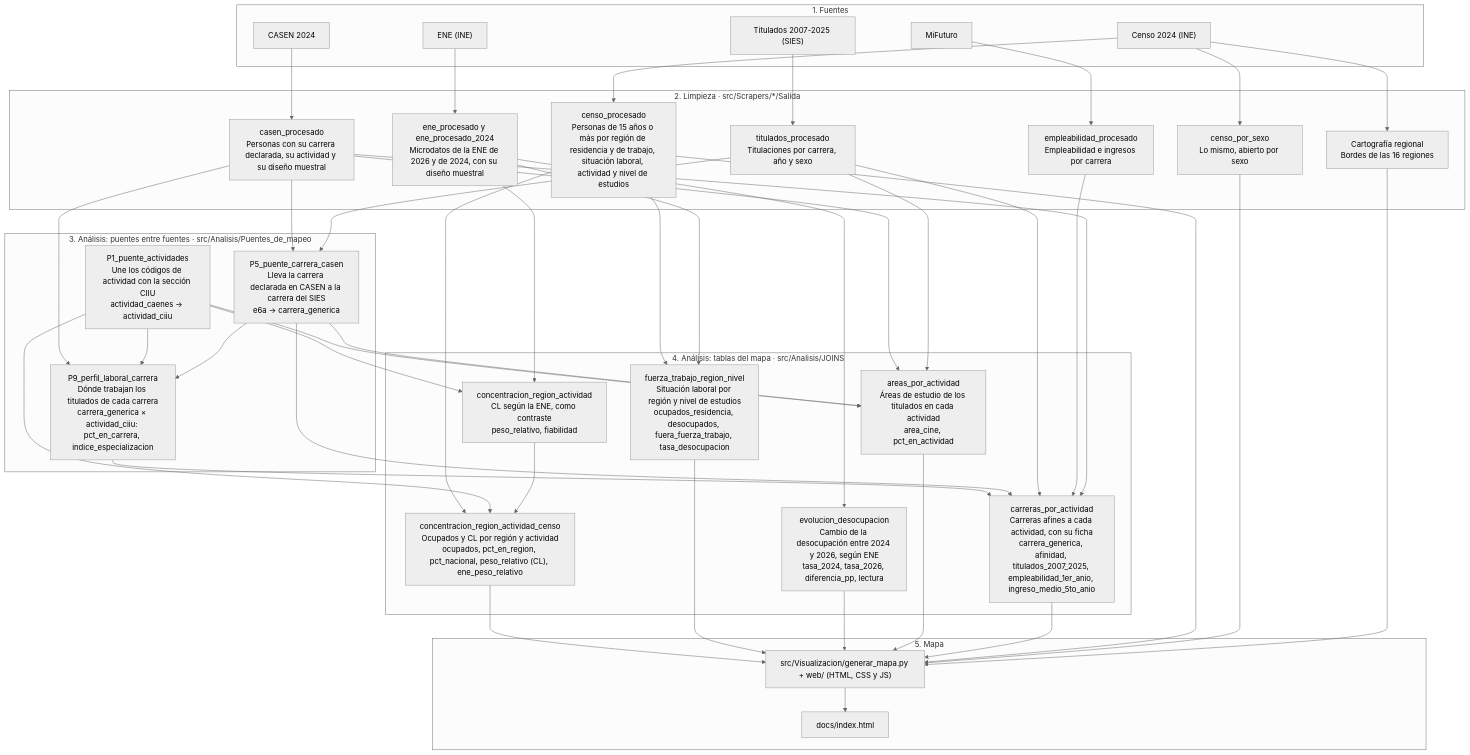
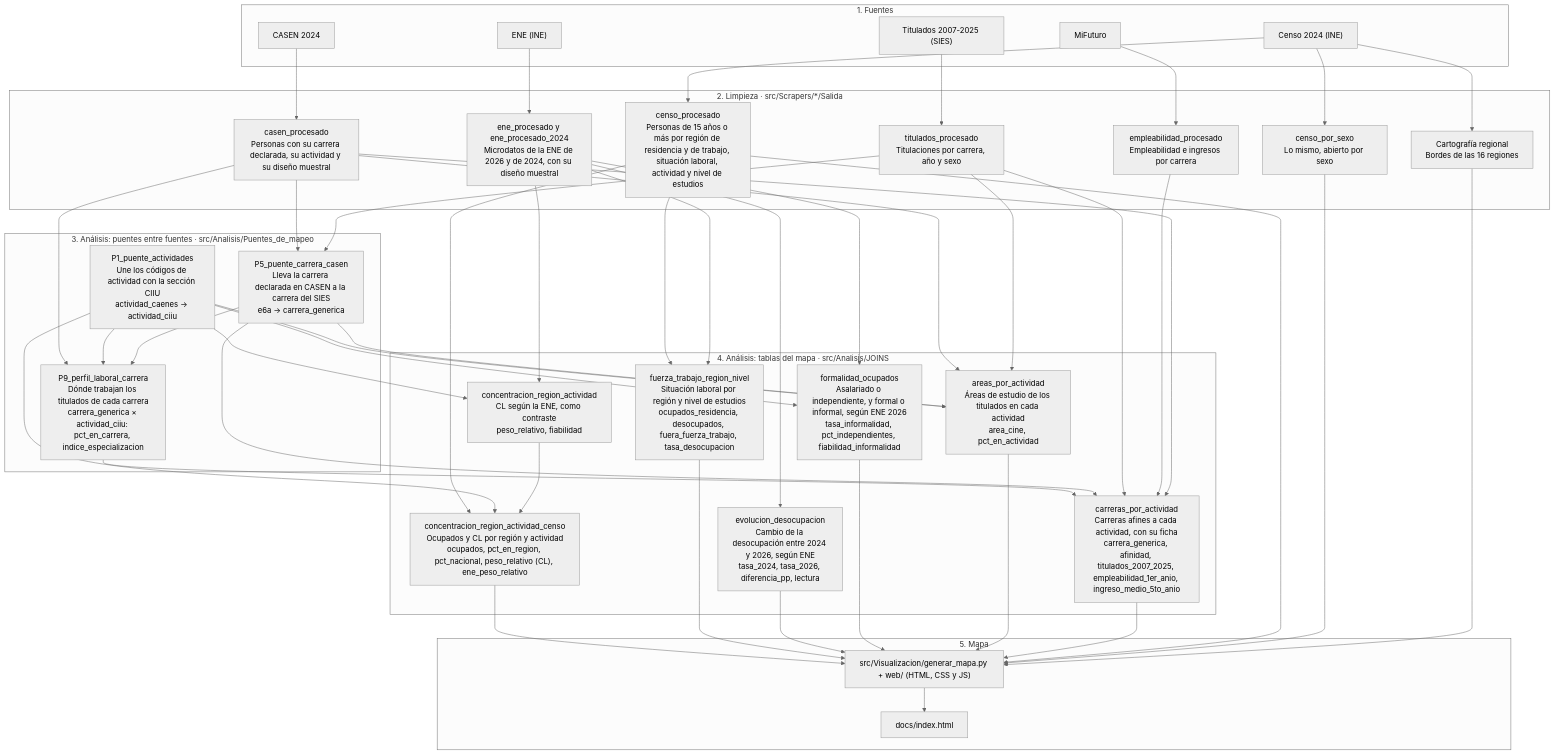
One commit to joaomunoz/mapa-laboral-chile changed the diagram in README.md. Above: the diagram before and after it, drawn with Mermaid (neutral theme). The commit also changed other lines of this file and 12 other files, not shown here.

````diff
--- a/README.md
+++ b/README.md
@@ -57,59 +64,61 @@
 ```mermaid
 flowchart TD
   subgraph F["1. Fuentes"]
     censo["Censo 2024 (INE)"]
     ene["ENE (INE)"]
     casen["CASEN 2024"]
     sies["Titulados 2007-2025 (SIES)"]
     mifuturo["MiFuturo"]
   end
 
   subgraph L["2. Limpieza · src/Scrapers/*/Salida"]
     cp["censo_procesado<br>Personas de 15 años o más por región de residencia y de trabajo, situación laboral, actividad y nivel de estudios"]
     cs["censo_por_sexo<br>Lo mismo, abierto por sexo"]
     geo["Cartografía regional<br>Bordes de las 16 regiones"]
     ep["ene_procesado y ene_procesado_2024<br>Microdatos de la ENE de 2026 y de 2024, con su diseño muestral"]
     kp["casen_procesado<br>Personas con su carrera declarada, su actividad y su diseño muestral"]
     tp["titulados_procesado<br>Titulaciones por carrera, año y sexo"]
     mp["empleabilidad_procesado<br>Empleabilidad e ingresos por carrera"]
   end
 
   subgraph P["3. Análisis: puentes entre fuentes · src/Analisis/Puentes_de_mapeo"]
     p1["P1_puente_actividades<br>Une los códigos de actividad con la sección CIIU<br>actividad_caenes → actividad_ciiu"]
     p5["P5_puente_carrera_casen<br>Lleva la carrera declarada en CASEN a la carrera del SIES<br>e6a → carrera_generica"]
     p9["P9_perfil_laboral_carrera<br>Dónde trabajan los titulados de cada carrera<br>carrera_generica × actividad_ciiu: pct_en_carrera, indice_especializacion"]
   end
 
   subgraph J["4. Análisis: tablas del mapa · src/Analisis/JOINS"]
     je["concentracion_region_actividad<br>CL según la ENE, como contraste<br>peso_relativo, fiabilidad"]
     jc["concentracion_region_actividad_censo<br>Ocupados y CL por región y actividad<br>ocupados, pct_en_region, pct_nacional, peso_relativo (CL), ene_peso_relativo"]
     jn["fuerza_trabajo_region_nivel<br>Situación laboral por región y nivel de estudios<br>ocupados_residencia, desocupados, fuera_fuerza_trabajo, tasa_desocupacion"]
+    jf["formalidad_ocupados<br>Asalariado o independiente, y formal o informal, según ENE 2026<br>tasa_informalidad, pct_independientes, fiabilidad_informalidad"]
     jv["evolucion_desocupacion<br>Cambio de la desocupación entre 2024 y 2026, según ENE<br>tasa_2024, tasa_2026, diferencia_pp, lectura"]
     ja["areas_por_actividad<br>Áreas de estudio de los titulados en cada actividad<br>area_cine, pct_en_actividad"]
     jk["carreras_por_actividad<br>Carreras afines a cada actividad, con su ficha<br>carrera_generica, afinidad, titulados_2007_2025, empleabilidad_1er_anio, ingreso_medio_5to_anio"]
   end
 
   subgraph M["5. Mapa"]
     gen["src/Visualizacion/generar_mapa.py + web/ (HTML, CSS y JS)"]
     out["docs/index.html"]
   end
 
   censo --> cp & cs & geo
   ene --> ep
   casen --> kp
   sies --> tp
   mifuturo --> mp
 
   kp & tp --> p5
   kp & p1 & p5 --> p9
 
   ep & p1 --> je
   cp & p1 & je --> jc
   cp & ep --> jn
   ep --> jv
+  ep & p1 --> jf
   kp & p1 & p5 & tp --> ja
   p9 & p5 & tp & mp & kp --> jk
 
-  jc & jn & jv & ja & jk & cp & cs & geo --> gen
+  jc & jn & jv & jf & ja & jk & cp & cs & geo --> gen
   gen --> out
 ```
````
